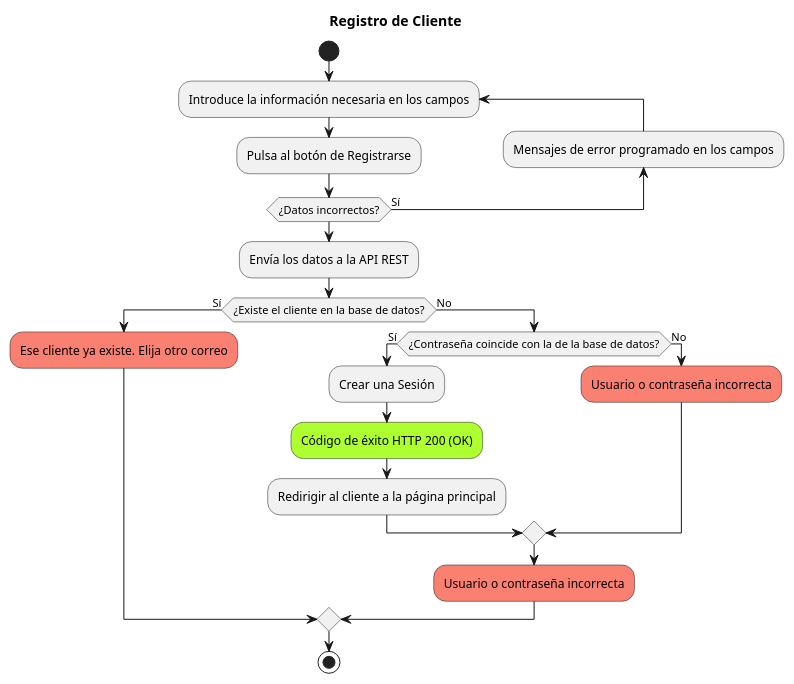
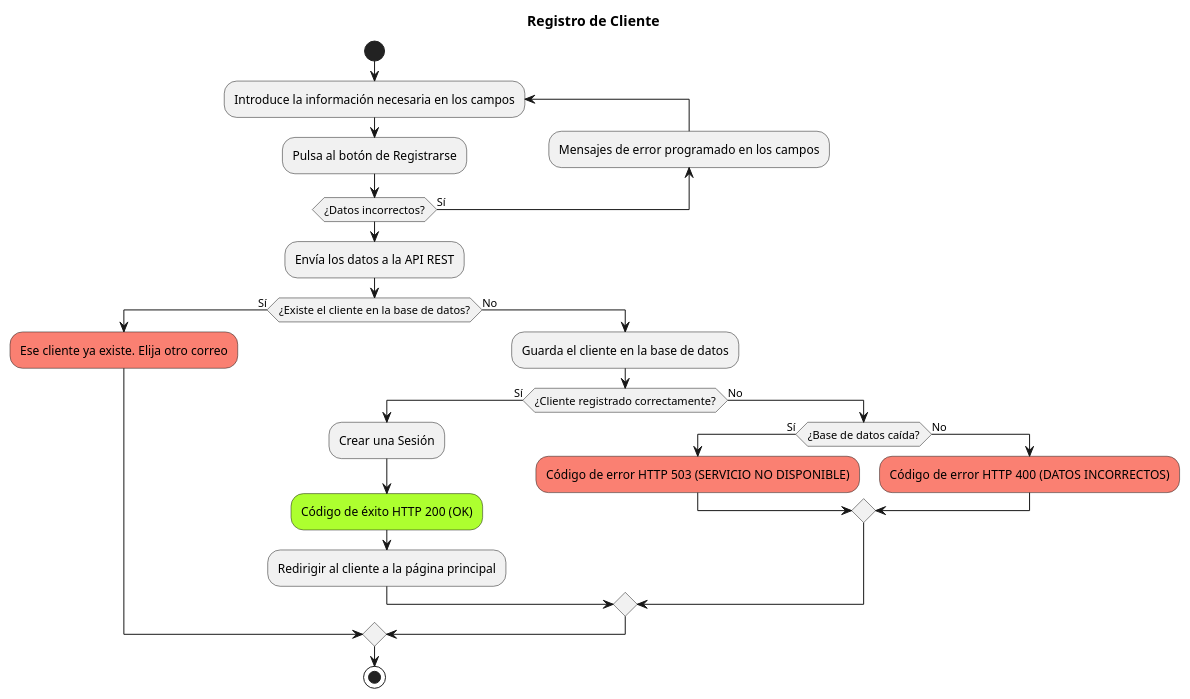
Before and after one commit to josejulio1/Tienda-Web: the diagram in diagrams/flowchart/Register.puml, drawn with PlantUML. The commit also changed 1 other file, not shown here.

```diff
--- a/diagrams/flowchart/Register.puml
+++ b/diagrams/flowchart/Register.puml
@@ -1,24 +1,28 @@
 @startuml
 title Registro de Cliente
 start
 
 repeat :Introduce la información necesaria en los campos;
     :Pulsa al botón de Registrarse;
     backward:Mensajes de error programado en los campos;
 repeat while (¿Datos incorrectos?) is (Sí)
 
 :Envía los datos a la API REST;
 if (¿Existe el cliente en la base de datos?) then (Sí)
     #salmon:Ese cliente ya existe. Elija otro correo;
 else (No)
-    if (¿Contraseña coincide con la de la base de datos?) then (Sí)
+    :Guarda el cliente en la base de datos;
+    if (¿Cliente registrado correctamente?) then (Sí)
         :Crear una Sesión;
         #greenyellow:Código de éxito HTTP 200 (OK);
         :Redirigir al cliente a la página principal;
     else (No)
-        #salmon:Usuario o contraseña incorrecta;
+        if (¿Base de datos caída?) then (Sí)
+            #salmon:Código de error HTTP 503 (SERVICIO NO DISPONIBLE);
+        else (No)
+            #salmon:Código de error HTTP 400 (DATOS INCORRECTOS);
+        endif
     endif
-    #salmon:Usuario o contraseña incorrecta;
 endif
 stop
 @enduml
```
